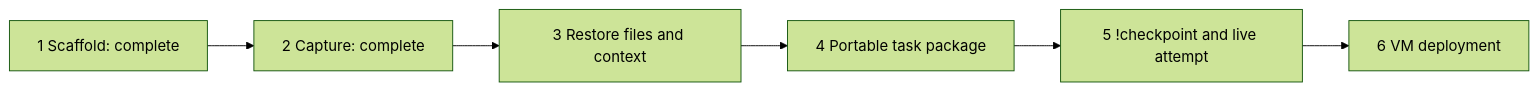
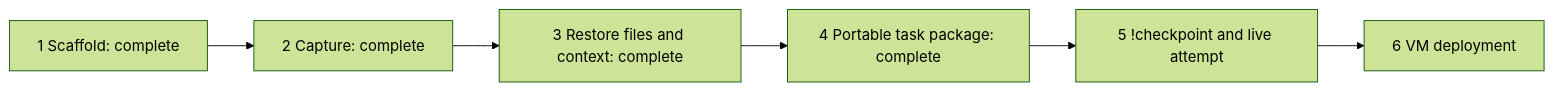
The third of 3 diagrams in design.md (jpbarona/rl-environment-harness), drawn with Mermaid (forest theme) before and after one commit. The commit also changed other lines of this file and 10 other files, not shown here.

First line of the commit message:
step-4/portable-package-export (#3)

````diff
--- a/design.md
+++ b/design.md
@@ -53,8 +53,8 @@
 ```mermaid
 flowchart LR
     A[1 Scaffold: complete] --> B[2 Capture: complete]
-    B --> C[3 Restore files and context]
-    C --> D[4 Portable task package]
+    B --> C[3 Restore files and context: complete]
+    C --> D[4 Portable task package: complete]
     D --> E[5 !checkpoint and live attempt]
     E --> F[6 VM deployment]
 ```
````
